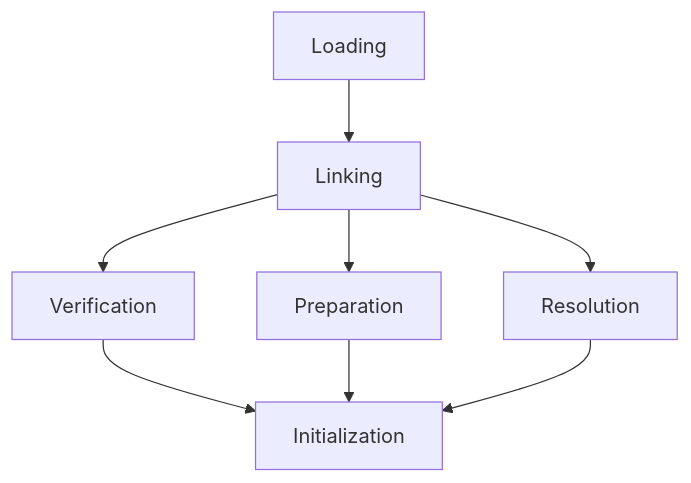
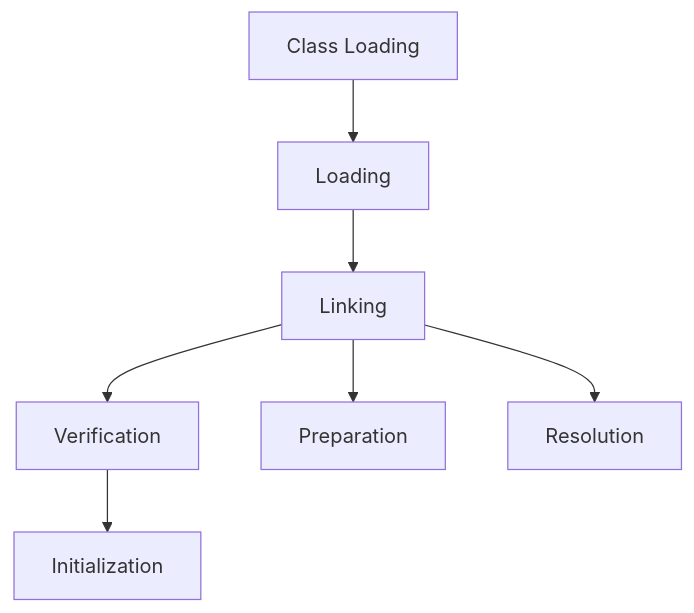
The diagram in jvm-internals-class-loading/README.md (VrushankPatel/interview-matters), drawn with Mermaid before and after one commit. The commit also changed other lines of this file and 5 other files, not shown here.

````diff
--- a/jvm-internals-class-loading/README.md
+++ b/jvm-internals-class-loading/README.md
@@ -42,10 +43,9 @@
 ```mermaid
 graph TD
-    A[Loading] --> B[Linking]
-    B --> C[Verification]
-    B --> D[Preparation]
-    B --> E[Resolution]
-    C --> F[Initialization]
-    D --> F
-    E --> F
+    A[Class Loading] --> B[Loading]
+    B --> C[Linking]
+    C --> D[Verification]
+    C --> E[Preparation]
+    C --> F[Resolution]
+    D --> G[Initialization]
 ```
````
